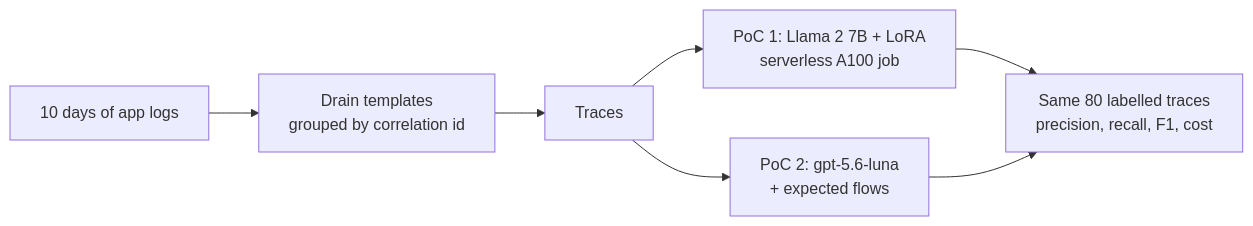
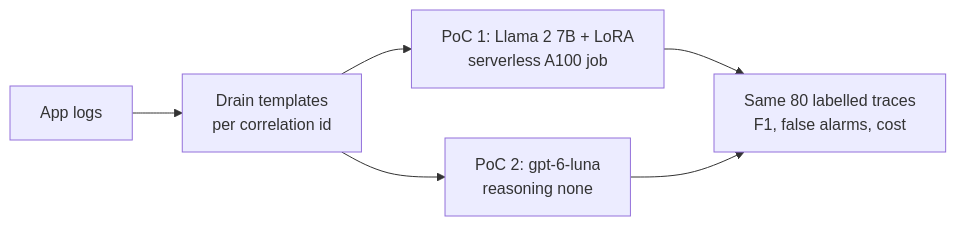
One commit to AliRezaFarahnak-Customer-Demos/log-anomaly-gpu-vs-llm-poc changed the first of 5 diagrams in README.md. Above: the diagram before and after it, drawn with Mermaid. The commit also changed other lines of this file, not shown here.

````diff
--- a/README.md
+++ b/README.md
@@ -9,9 +9,8 @@
 ```mermaid
 flowchart LR
-    logs["10 days of app logs"] --> drain["Drain templates<br/>grouped by correlation id"]
-    drain --> traces["Traces"]
-    traces --> p1["PoC 1: Llama 2 7B + LoRA<br/>serverless A100 job"]
-    traces --> p2["PoC 2: gpt-5.6-luna<br/>+ expected flows"]
-    p1 --> eval["Same 80 labelled traces<br/>precision, recall, F1, cost"]
-    p2 --> eval
+    logs["App logs"] --> drain["Drain templates<br/>per correlation id"]
+    drain --> p1["PoC 1: Llama 2 7B + LoRA<br/>serverless A100 job"]
+    drain --> p2["PoC 2: gpt-6-luna<br/>reasoning none"]
+    p1 --> score["Same 80 labelled traces<br/>F1, false alarms, cost"]
+    p2 --> score
 ```
````
